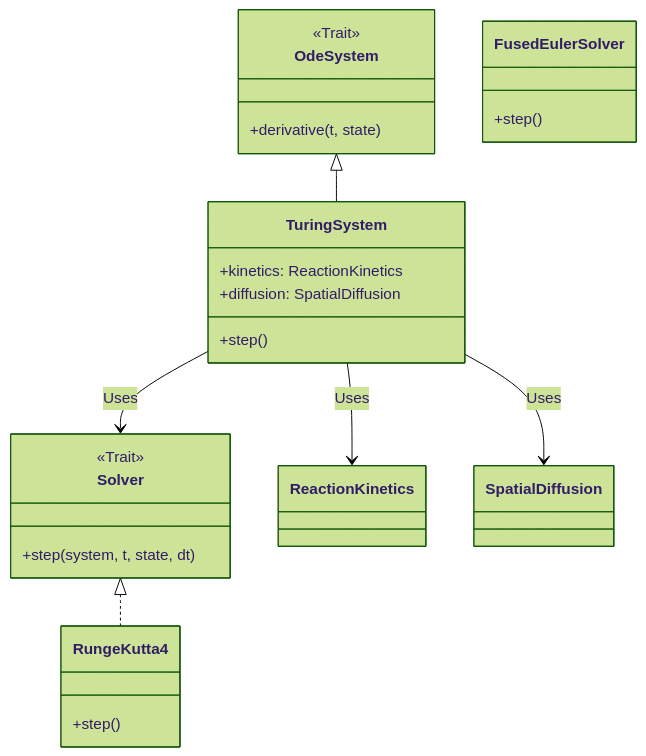
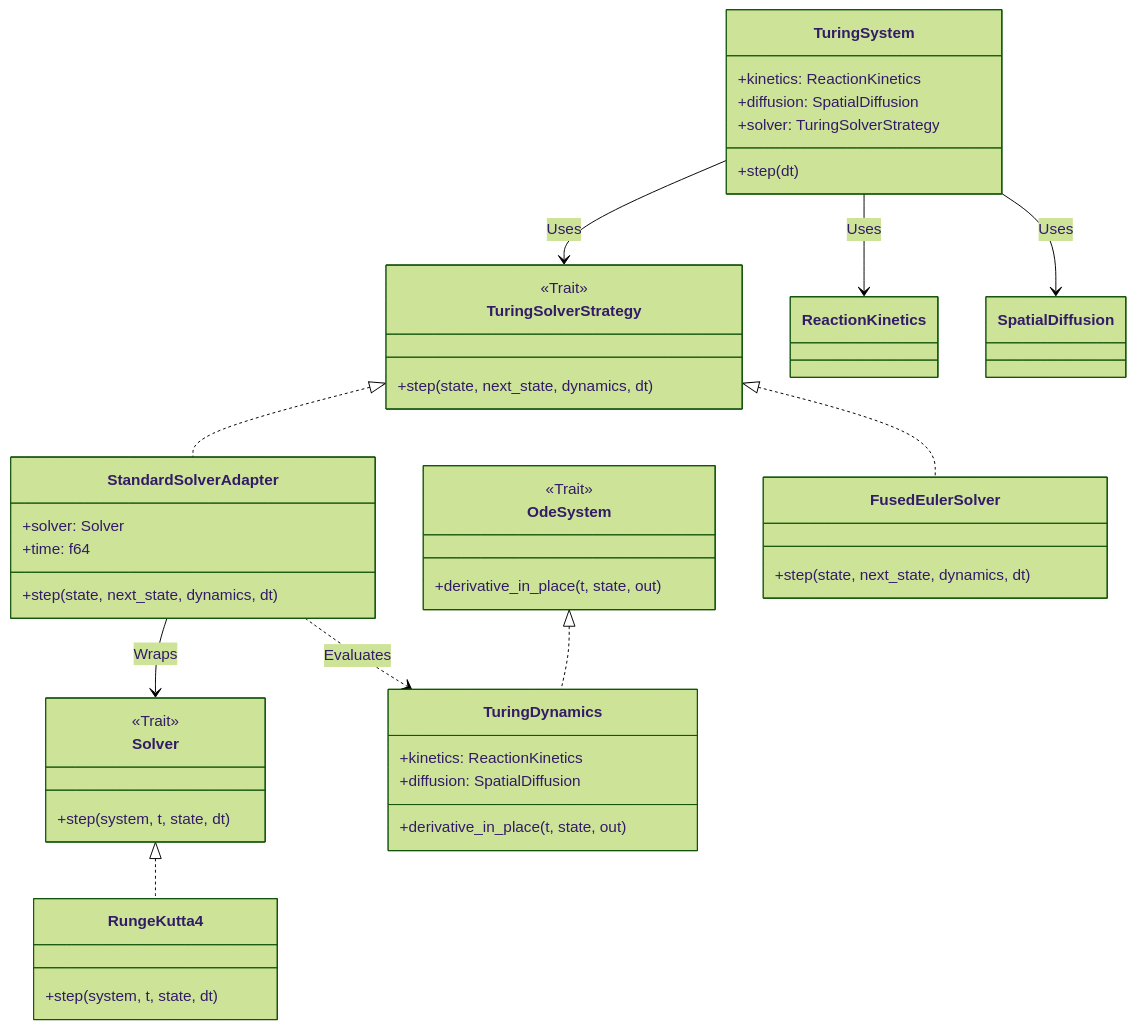
Before and after one commit to fderuiter/OxidizeMath: the second of 2 diagrams in README.md, drawn with Mermaid (forest theme). The commit also changed 185 other files, not shown here.

Commit message:
feat: fix ODE steppers, add standard derives, and enforce public Debug

````diff
--- a/README.md
+++ b/README.md
@@ -103,32 +103,54 @@
 ```mermaid
 classDiagram
     class OdeSystem {
         <<Trait>>
-        +derivative(t, state)
+        +derivative_in_place(t, state, out)
     }
 
     class Solver {
         <<Trait>>
         +step(system, t, state, dt)
     }
 
+    class TuringSolverStrategy {
+        <<Trait>>
+        +step(state, next_state, dynamics, dt)
+    }
+
     class TuringSystem {
         +kinetics: ReactionKinetics
         +diffusion: SpatialDiffusion
-        +step()
+        +solver: TuringSolverStrategy
+        +step(dt)
+    }
+
+    class TuringDynamics {
+        +kinetics: ReactionKinetics
+        +diffusion: SpatialDiffusion
+        +derivative_in_place(t, state, out)
+    }
+
+    class StandardSolverAdapter {
+        +solver: Solver
+        +time: f64
+        +step(state, next_state, dynamics, dt)
     }
 
     class RungeKutta4 {
-        +step()
+        +step(system, t, state, dt)
     }
 
     class FusedEulerSolver {
-        +step()
+        +step(state, next_state, dynamics, dt)
     }
 
-    OdeSystem <|-- TuringSystem
+    OdeSystem <|.. TuringDynamics
     Solver <|.. RungeKutta4
-    TuringSystem --> Solver : Uses
+    TuringSolverStrategy <|.. FusedEulerSolver
+    TuringSolverStrategy <|.. StandardSolverAdapter
+    StandardSolverAdapter --> Solver : Wraps
+    StandardSolverAdapter ..> TuringDynamics : Evaluates
+    TuringSystem --> TuringSolverStrategy : Uses
     TuringSystem --> ReactionKinetics : Uses
     TuringSystem --> SpatialDiffusion : Uses
 ```
````
